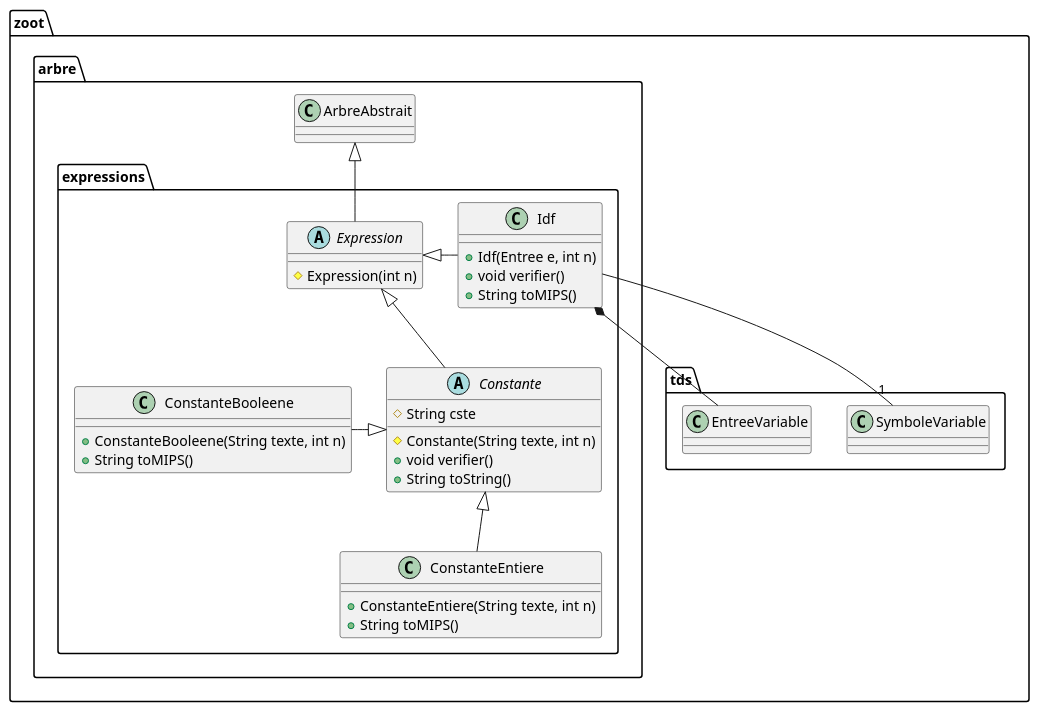
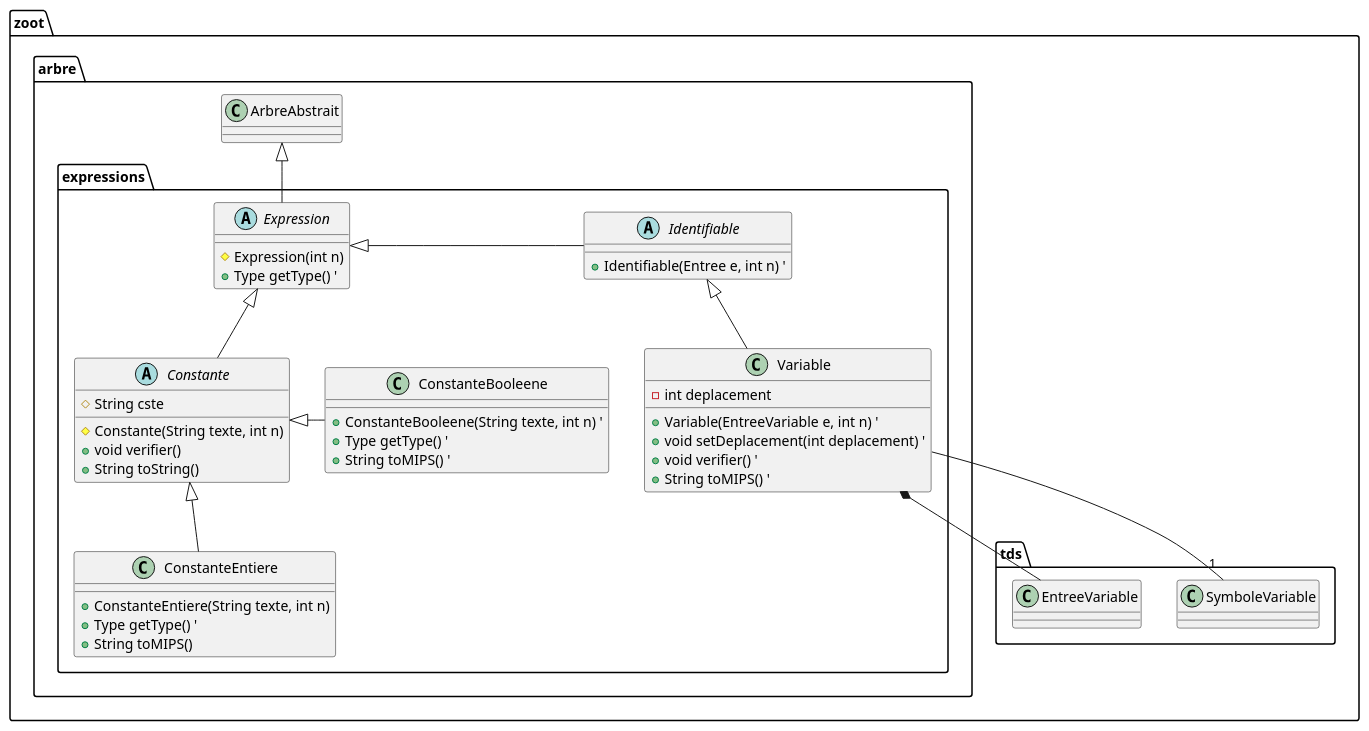
The diagram in diagrammes/classe/expressions.puml (lmtb06/zoot), drawn with PlantUML before and after one commit. The commit also changed 5 other files, not shown here.

```diff
--- a/diagrammes/classe/expressions.puml
+++ b/diagrammes/classe/expressions.puml
@@ -1,40 +1,51 @@
 @startuml "Package expressions"
 namespace zoot.arbre.expressions {
     ' Includes
     ' Classes
+    abstract class Expression {
+        # Expression(int n)
+        + Type getType() '
+    }
+
     abstract class Constante {
         # String cste
         # Constante(String texte, int n)
         + void verifier()
         + String toString()
     }
 
     class ConstanteEntiere {
         + ConstanteEntiere(String texte, int n)
+        + Type getType() '
         + String toMIPS()
     }
 
     class ConstanteBooleene {
-        + ConstanteBooleene(String texte, int n)
-        + String toMIPS()
+        + ConstanteBooleene(String texte, int n) '
+        + Type getType() '
+        + String toMIPS() '
+
     }
 
-    class Idf {
-        + Idf(Entree e, int n)
-        + void verifier()
-        + String toMIPS()
+    abstract class Identifiable {
+        + Identifiable(Entree e, int n) '
     }
 
-    abstract class Expression {
-        # Expression(int n)
+    class Variable {
+        - int deplacement
+        + Variable(EntreeVariable e, int n) '
+        + void setDeplacement(int deplacement) '
+        + void verifier() '
+        + String toMIPS() '
     }
     ' Relations entre les classes
-    Idf -right-|> Expression
-    Idf --"1" zoot.tds.SymboleVariable
-    Idf *-- zoot.tds.EntreeVariable
+    Expression -up-|> zoot.arbre.ArbreAbstrait
     Constante -up-|> Expression
     ConstanteEntiere -up-|> Constante
     ConstanteBooleene -right-|> Constante
-    Expression -up-|> zoot.arbre.ArbreAbstrait
+    Identifiable -right-|> Expression
+    Variable -up-|> Identifiable
+    Variable --"1" zoot.tds.SymboleVariable
+    Variable *-- zoot.tds.EntreeVariable
 }
 @enduml
```
